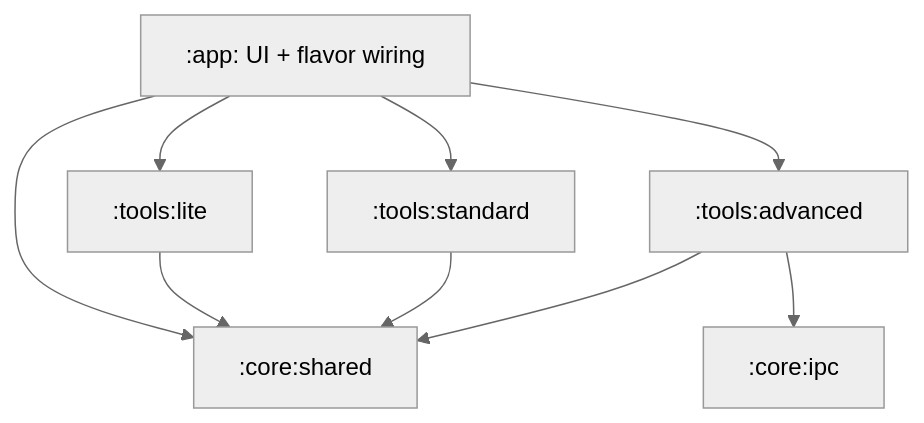
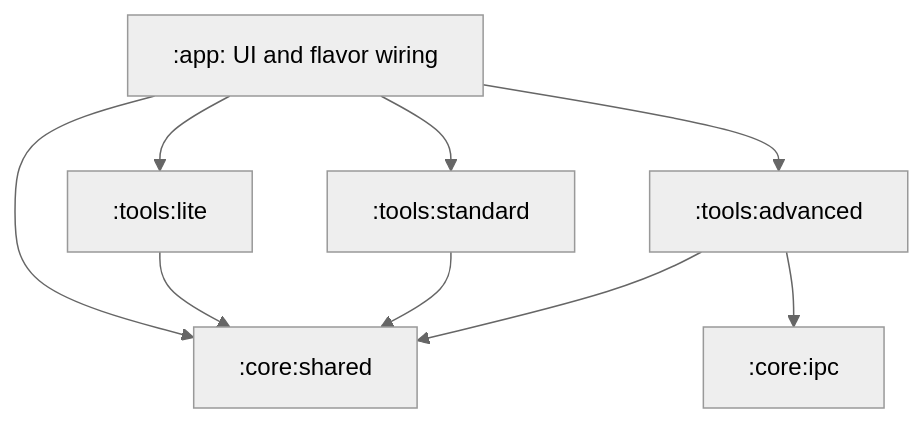
Before and after one commit to obieda-hussien/OmniDev-Workspace: the diagram in MODULARIZATION_ROADMAP.md, drawn with Mermaid (neutral theme). The commit also changed other lines of this file and 80 other files, not shown here.

````diff
--- a/MODULARIZATION_ROADMAP.md
+++ b/MODULARIZATION_ROADMAP.md
@@ -11,11 +11,11 @@
 ```mermaid
 flowchart TD
-    App[":app: UI + flavor wiring"] --> Core[":core:shared"]
+    App[":app: UI and flavor wiring"] --> Core[":core:shared"]
     App --> Lite[":tools:lite"]
     App --> Standard[":tools:standard"]
     App --> Advanced[":tools:advanced"]
     Advanced --> IPC[":core:ipc"]
     Lite --> Core
     Standard --> Core
     Advanced --> Core
 ```
````
